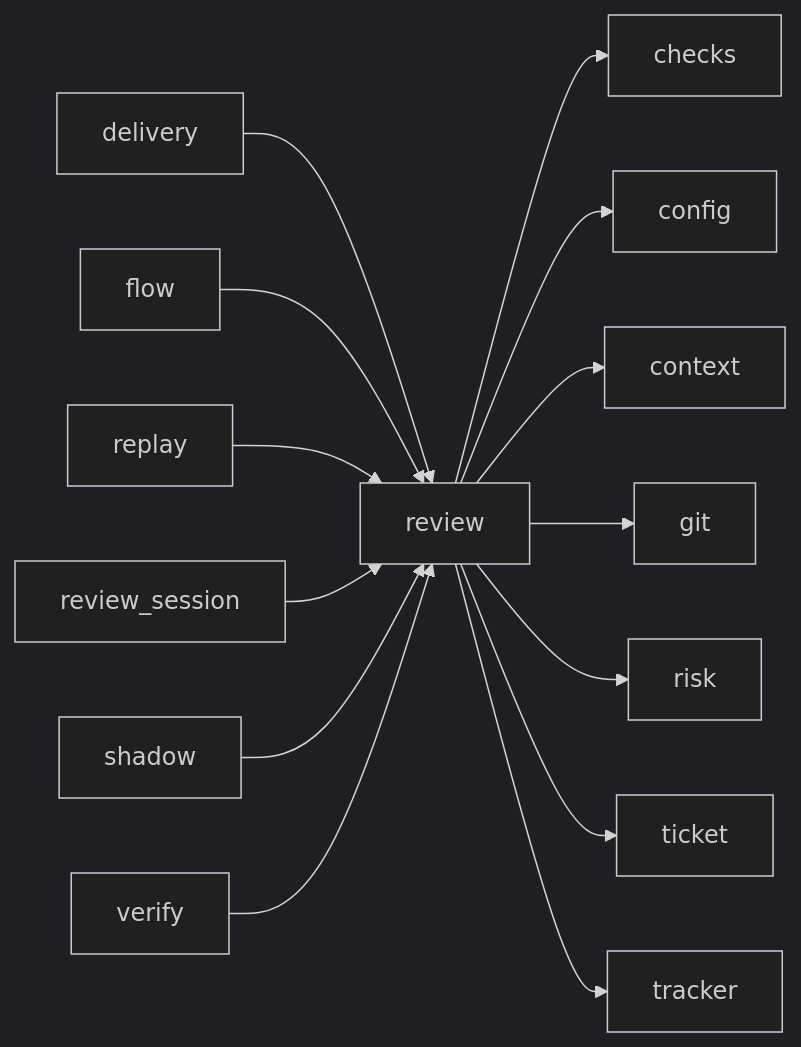
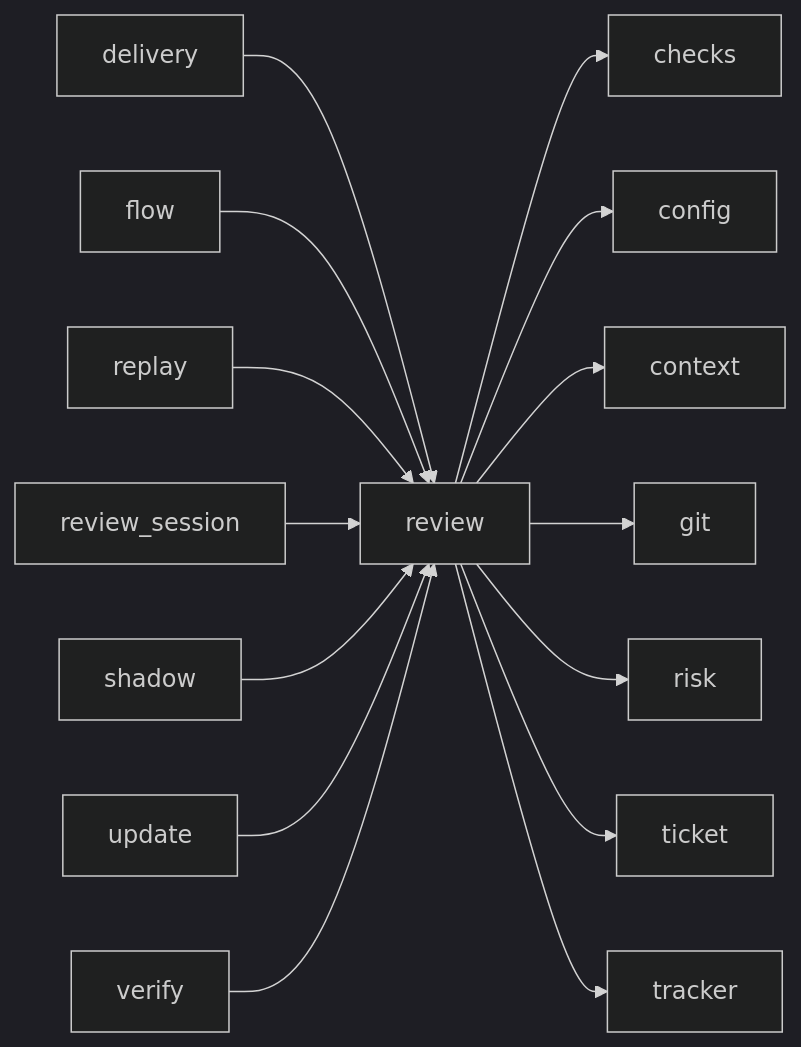
One commit to plaplanche/ariane changed the third of 3 diagrams in docs/architecture/modules/review.md. Above: the diagram before and after it, drawn with Mermaid (dark theme). The commit also changed 6 other files, not shown here.

````diff
--- a/docs/architecture/modules/review.md
+++ b/docs/architecture/modules/review.md
@@ -115,16 +115,17 @@
 ```mermaid
 flowchart LR
   delivery --> review
   flow --> review
   replay --> review
   review --> checks
   review --> config
   review --> context
   review --> git
   review --> risk
   review --> ticket
   review --> tracker
   review_session --> review
   shadow --> review
+  update --> review
   verify --> review
 ```
````
